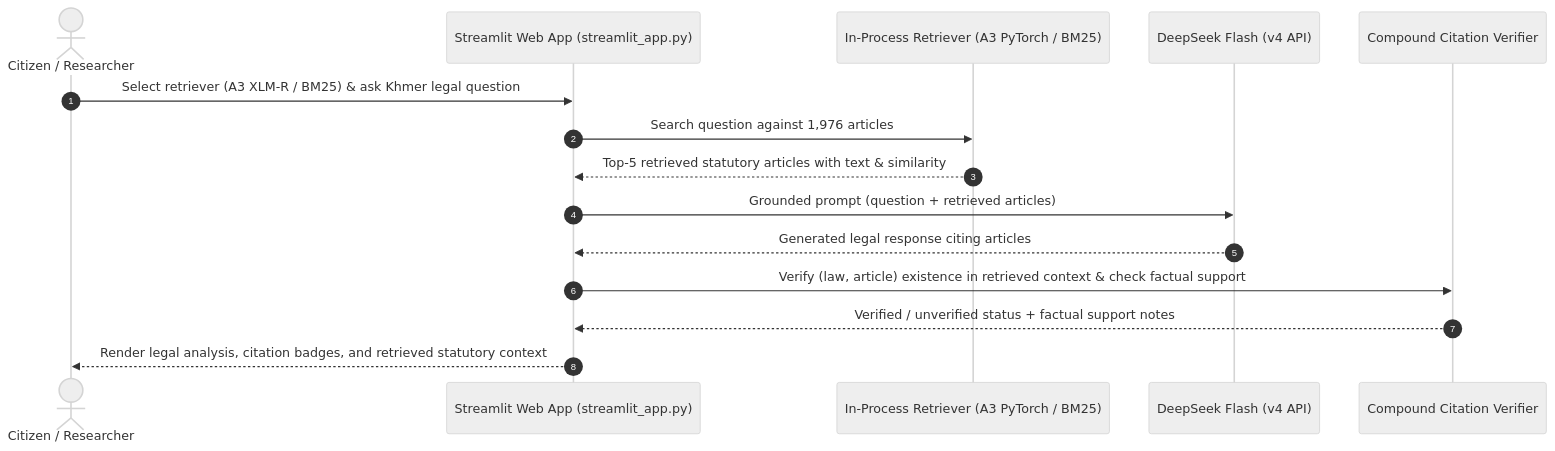
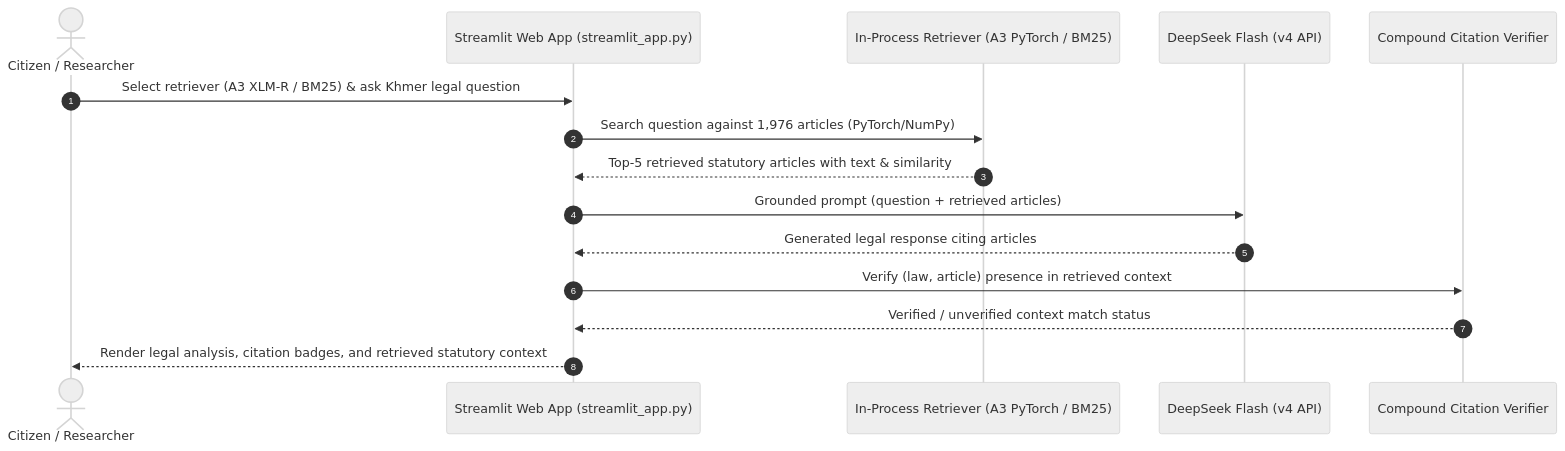
The second of 2 diagrams in docs/system_architecture.md (mengchheanglong/khmer-legal-retrieval), drawn with Mermaid (neutral theme) before and after one commit. The commit also changed other lines of this file and 5 other files, not shown here.

````diff
--- a/docs/system_architecture.md
+++ b/docs/system_architecture.md
@@ -75,18 +75,18 @@
 ```mermaid
 sequenceDiagram
     autonumber
     actor User as Citizen / Researcher
     participant UI as Streamlit Web App (streamlit_app.py)
     participant Ret as In-Process Retriever (A3 PyTorch / BM25)
     participant LLM as DeepSeek Flash (v4 API)
     participant Guard as Compound Citation Verifier
 
     User->>UI: Select retriever (A3 XLM-R / BM25) & ask Khmer legal question
-    UI->>Ret: Search question against 1,976 articles
+    UI->>Ret: Search question against 1,976 articles (PyTorch/NumPy)
     Ret-->>UI: Top-5 retrieved statutory articles with text & similarity
     UI->>LLM: Grounded prompt (question + retrieved articles)
     LLM-->>UI: Generated legal response citing articles
-    UI->>Guard: Verify (law, article) existence in retrieved context & check factual support
-    Guard-->>UI: Verified / unverified status + factual support notes
+    UI->>Guard: Verify (law, article) presence in retrieved context
+    Guard-->>UI: Verified / unverified context match status
     UI-->>User: Render legal analysis, citation badges, and retrieved statutory context
 ```
````
